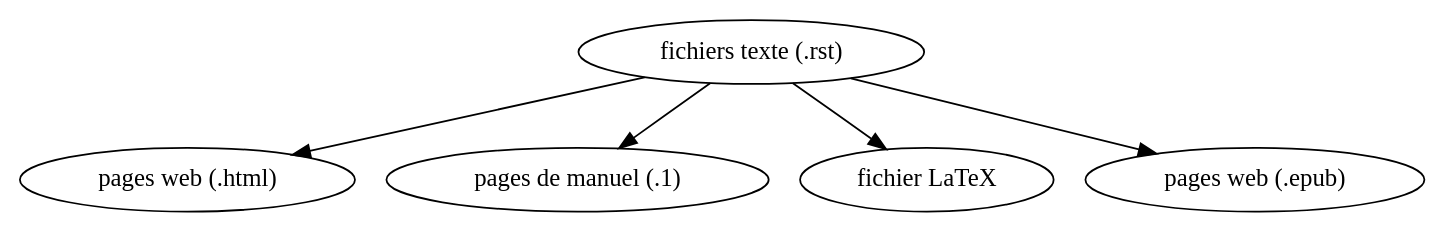
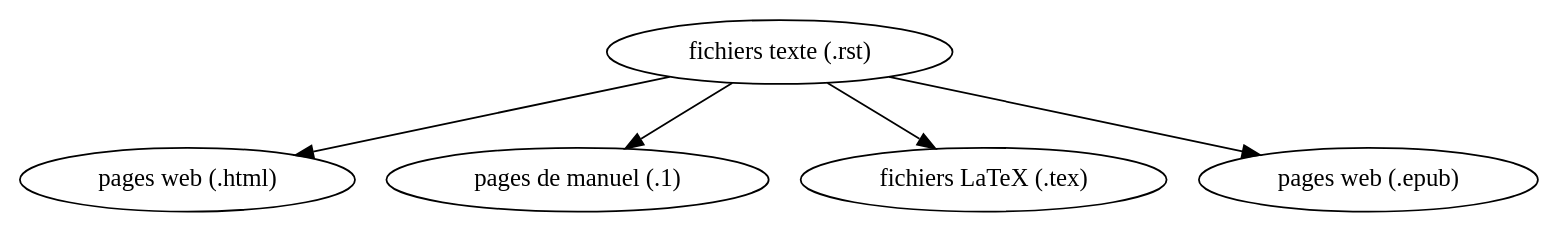
The first of 5 diagrams in graph.rst (Naereen/web-sphinx), drawn with Graphviz before and after one commit. The commit also changed 2 other files, not shown here.

```diff
--- a/graph.rst
+++ b/graph.rst
@@ -29,8 +29,8 @@
 .. graphviz::
 
    digraph Sphinx {
       "fichiers texte (.rst)" -> "pages web (.html)";
       "fichiers texte (.rst)" -> "pages de manuel (.1)";
-      "fichiers texte (.rst)" -> "fichier LaTeX";
+      "fichiers texte (.rst)" -> "fichiers LaTeX (.tex)";
       "fichiers texte (.rst)" -> "pages web (.epub)";
    }
```
